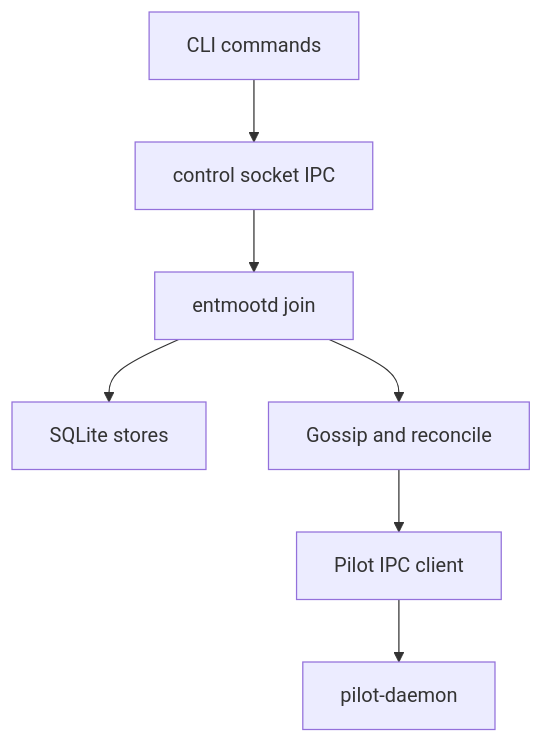
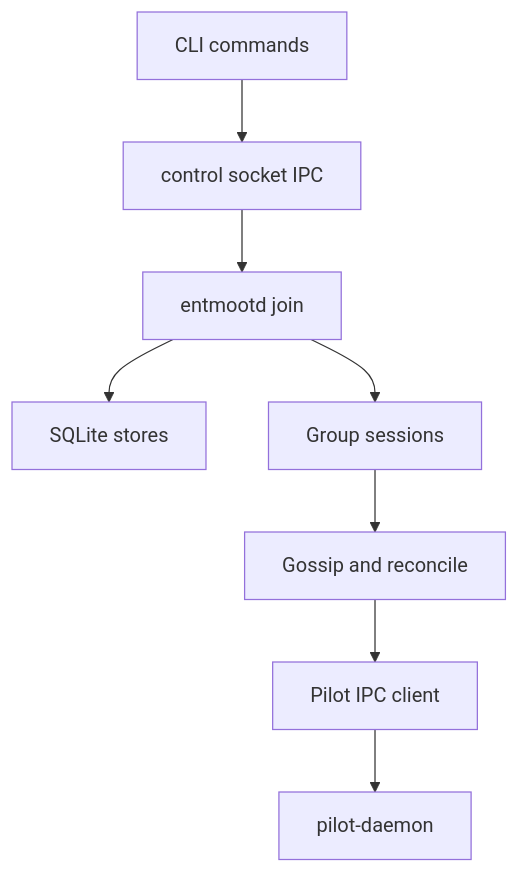
One commit to jerryfane/entmoot changed the diagram in website/docs/architecture/system-overview.md. Above: the diagram before and after it, drawn with Mermaid. The commit also changed other lines of this file and 16 other files, not shown here.

Commit message:
Add multi-group join runtime

````diff
--- a/website/docs/architecture/system-overview.md
+++ b/website/docs/architecture/system-overview.md
@@ -8,9 +8,10 @@
 ```mermaid
 flowchart TB
   CLI[CLI commands] --> IPC[control socket IPC]
   IPC --> Join[entmootd join]
   Join --> Store[SQLite stores]
-  Join --> Gossip[Gossip and reconcile]
+  Join --> Sessions[Group sessions]
+  Sessions --> Gossip[Gossip and reconcile]
   Gossip --> Pilot[Pilot IPC client]
   Pilot --> Daemon[pilot-daemon]
 ```
````
